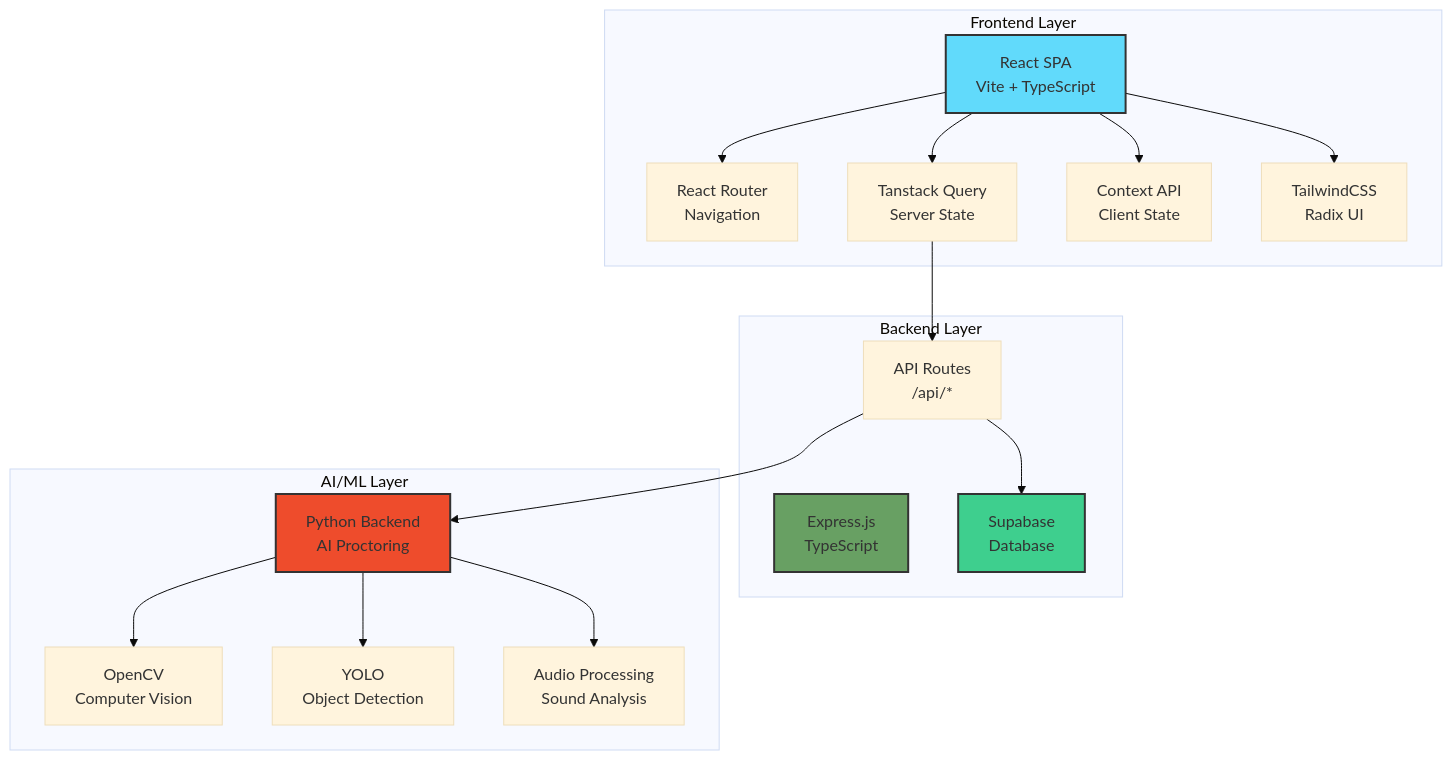
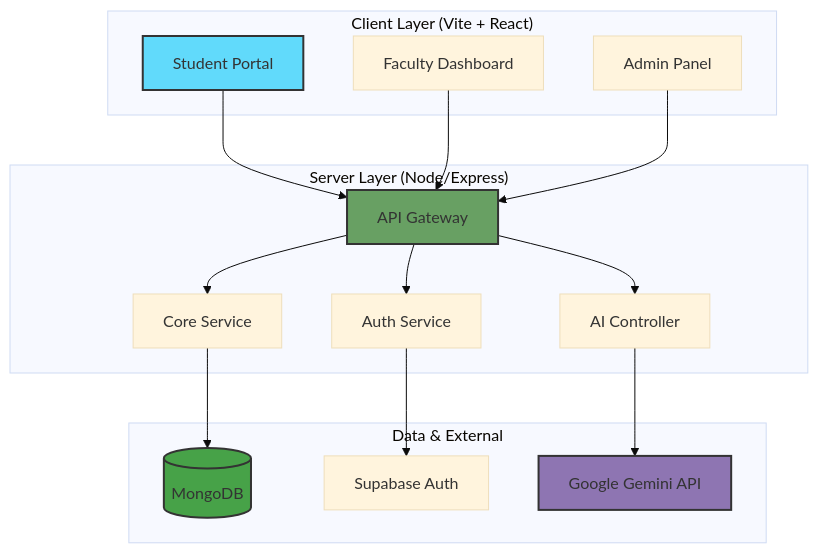
One commit to Aditya-Kumrawat/Edusphere changed the second of 2 diagrams in README.md. Above: the diagram before and after it, drawn with Mermaid (base theme). The commit also changed other lines of this file, not shown here.

````diff
--- a/README.md
+++ b/README.md
@@ -417,39 +201,34 @@
 ```mermaid
 graph TB
-    subgraph "Frontend Layer"
-        A[React SPA<br/>Vite + TypeScript]
-        B[React Router<br/>Navigation]
-        C[Tanstack Query<br/>Server State]
-        D[Context API<br/>Client State]
-        E[TailwindCSS<br/>Radix UI]
+    subgraph "Client Layer (Vite + React)"
+        A[Student Portal]
+        B[Faculty Dashboard]
+        C[Admin Panel]
     end
     
-    subgraph "Backend Layer"
-        F[Express.js<br/>TypeScript]
-        G[API Routes<br/>/api/*]
-        H[Supabase<br/>Database]
+    subgraph "Server Layer (Node/Express)"
+        D[API Gateway]
+        E[Auth Service]
+        F[Core Service]
+        G[AI Controller]
     end
     
-    subgraph "AI/ML Layer"
-        I[Python Backend<br/>AI Proctoring]
-        J[OpenCV<br/>Computer Vision]
-        K[YOLO<br/>Object Detection]
-        L[Audio Processing<br/>Sound Analysis]
+    subgraph "Data & External"
+        H[(MongoDB)]
+        I[Supabase Auth]
+        J[Google Gemini API]
     end
     
-    A --> B
-    A --> C
-    A --> D
-    A --> E
-    C --> G
-    G --> H
-    G --> I
-    I --> J
-    I --> K
-    I --> L
+    A & B & C --> D
+    D --> E
+    D --> F
+    D --> G
+    E --> I
+    F --> H
+    G --> J
     
     style A fill:#61dafb,stroke:#333,stroke-width:2px
-    style F fill:#68a063,stroke:#333,stroke-width:2px
-    style H fill:#3ecf8e,stroke:#333,stroke-width:2px
-    style I fill:#ee4c2c,stroke:#333,stroke-width:2px
+    style D fill:#68a063,stroke:#333,stroke-width:2px
+    style H fill:#47a248,stroke:#333,stroke-width:2px
+    style J fill:#8e75b2,stroke:#333,stroke-width:2px
 ```
````
